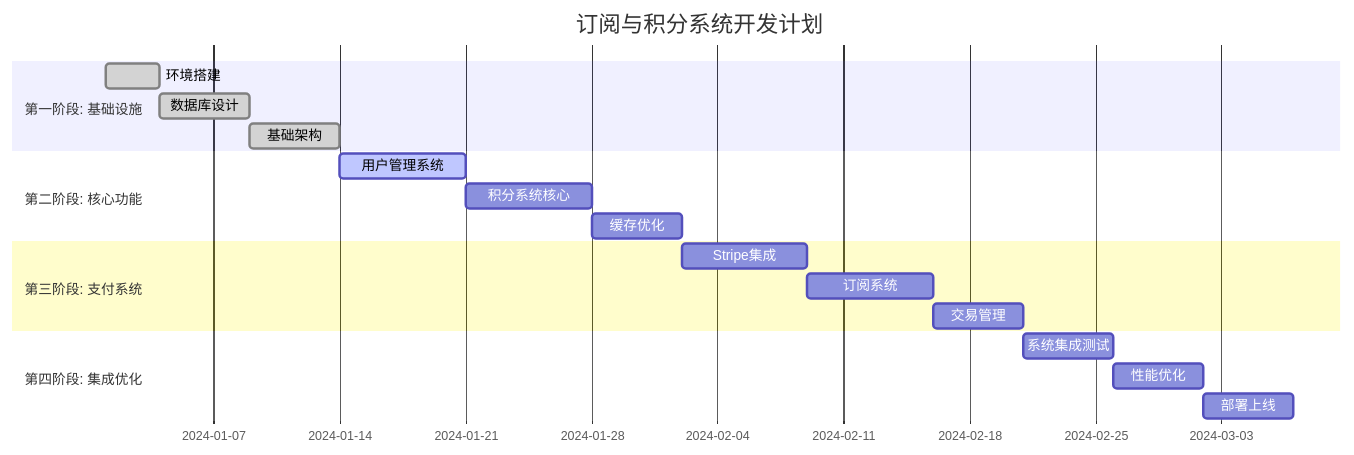
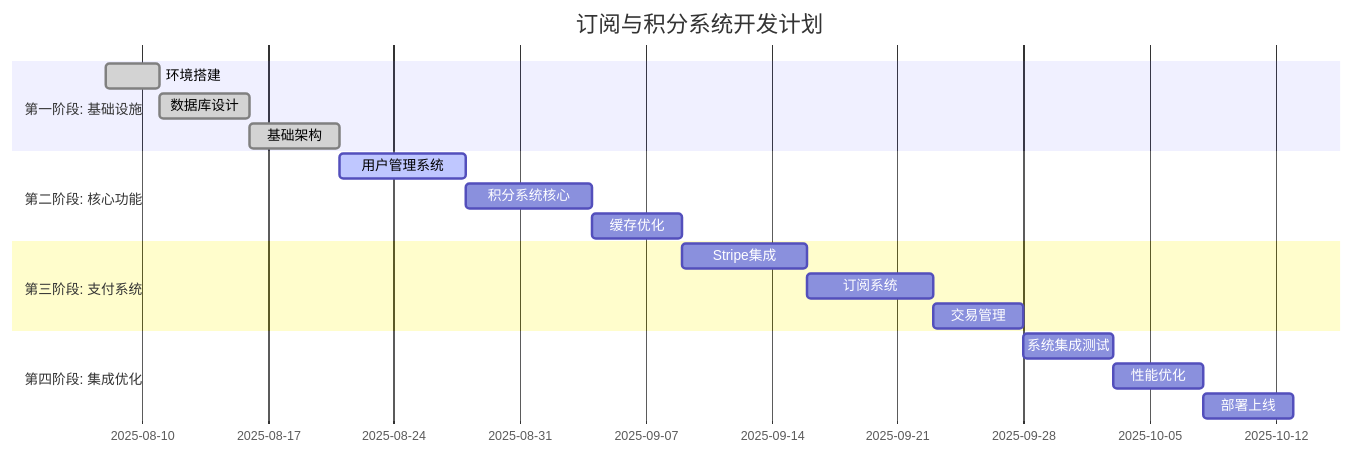
Before and after one commit to caofanCPU/diaomao: the first of 2 diagrams in docs/dev-plan.md, drawn with Mermaid. The commit also changed 9 other files, not shown here.

````diff
--- a/docs/dev-plan.md
+++ b/docs/dev-plan.md
@@ -24,24 +24,24 @@
 ```mermaid
 gantt
     title 订阅与积分系统开发计划
     dateFormat  YYYY-MM-DD
     section 第一阶段: 基础设施
-    环境搭建           :done, env, 2024-01-01, 3d
+    环境搭建           :done, env, 2025-08-08, 3d
     数据库设计         :done, db, after env, 5d
     基础架构           :done, arch, after db, 5d
     
     section 第二阶段: 核心功能
     用户管理系统       :active, user, after arch, 7d
     积分系统核心       :credits, after user, 7d
     缓存优化           :cache, after credits, 5d
     
     section 第三阶段: 支付系统
     Stripe集成         :stripe, after cache, 7d
     订阅系统           :sub, after stripe, 7d
     交易管理           :trans, after sub, 5d
     
     section 第四阶段: 集成优化
     系统集成测试       :test, after trans, 5d
     性能优化           :perf, after test, 5d
     部署上线           :deploy, after perf, 5d
 ```
````
